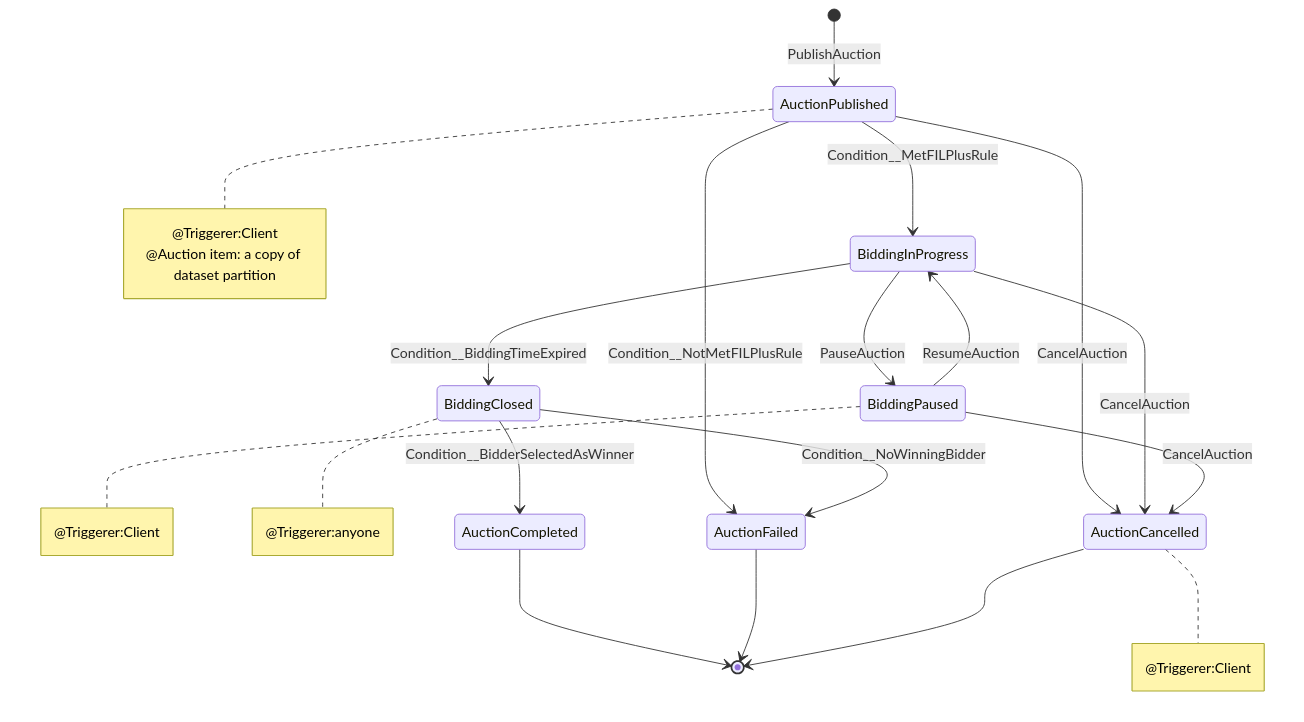
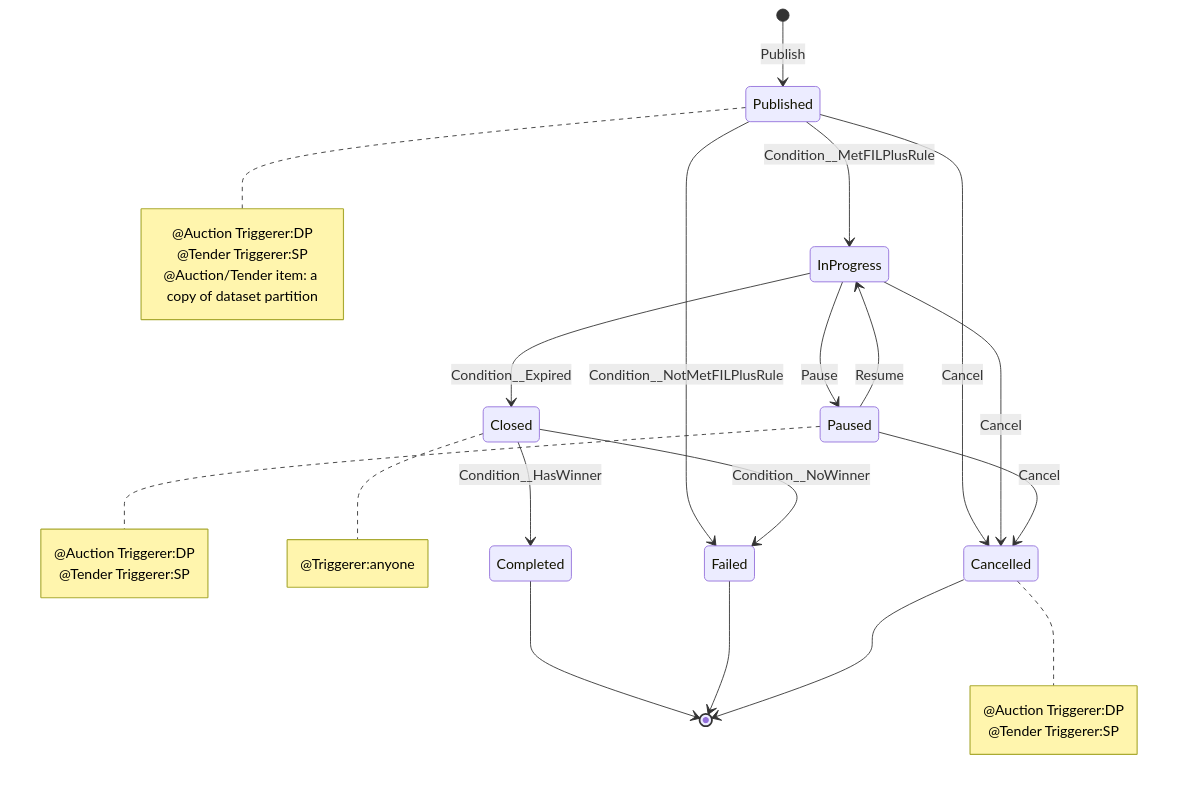
Before and after one commit to dataswap/specs: the second of 3 diagrams in systems/README.md, drawn with Mermaid. The commit also changed other lines of this file, not shown here.

Commit message:
update storage deals

````diff
--- a/systems/README.md
+++ b/systems/README.md
@@ -137,31 +137,34 @@
 ```mermaid
 stateDiagram
-    [*]                 --> AuctionPublished:PublishAuction
-    AuctionPublished    --> BiddingInProgress:Condition__MetFILPlusRule
-    AuctionPublished    --> AuctionFailed:Condition__NotMetFILPlusRule
-    BiddingInProgress   --> BiddingPaused:PauseAuction
-    BiddingPaused       --> BiddingInProgress:ResumeAuction
-    AuctionPublished    --> AuctionCancelled:CancelAuction
-    BiddingInProgress   --> AuctionCancelled:CancelAuction
-    BiddingPaused       --> AuctionCancelled:CancelAuction
-    BiddingInProgress   --> BiddingClosed:Condition__BiddingTimeExpired
-    BiddingClosed       --> AuctionFailed:Condition__NoWinningBidder
-    BiddingClosed       --> AuctionCompleted:Condition__BidderSelectedAsWinner
-    AuctionCompleted    --> [*]
-    AuctionFailed       --> [*]
-    AuctionCancelled    --> [*] 
+    [*]          --> Published:Publish
+    Published    --> InProgress:Condition__MetFILPlusRule
+    Published    --> Failed:Condition__NotMetFILPlusRule
+    InProgress   --> Paused:Pause
+    Paused       --> InProgress:Resume
+    Published    --> Cancelled:Cancel
+    InProgress   --> Cancelled:Cancel
+    Paused       --> Cancelled:Cancel
+    InProgress   --> Closed:Condition__Expired
+    Closed       --> Failed:Condition__NoWinner
+    Closed       --> Completed:Condition__HasWinner
+    Completed    --> [*]
+    Failed       --> [*]
+    Cancelled    --> [*] 
 
-    note right of AuctionPublished
-      @Triggerer:Client
-      @Auction item: a copy of dataset partition
+    note right of Published
+      @Auction Triggerer:DP
+      @Tender Triggerer:SP
+      @Auction/Tender item: a copy of dataset partition
     end note
-    note right of BiddingPaused
-      @Triggerer:Client
+    note right of Paused
+      @Auction Triggerer:DP
+      @Tender Triggerer:SP
     end note
-    note right of AuctionCancelled 
-      @Triggerer:Client
+    note right of Cancelled 
+      @Auction Triggerer:DP
+      @Tender Triggerer:SP
     end note
-    note right of BiddingClosed
+    note right of Closed
       @Triggerer:anyone
     end note
 ```
````
